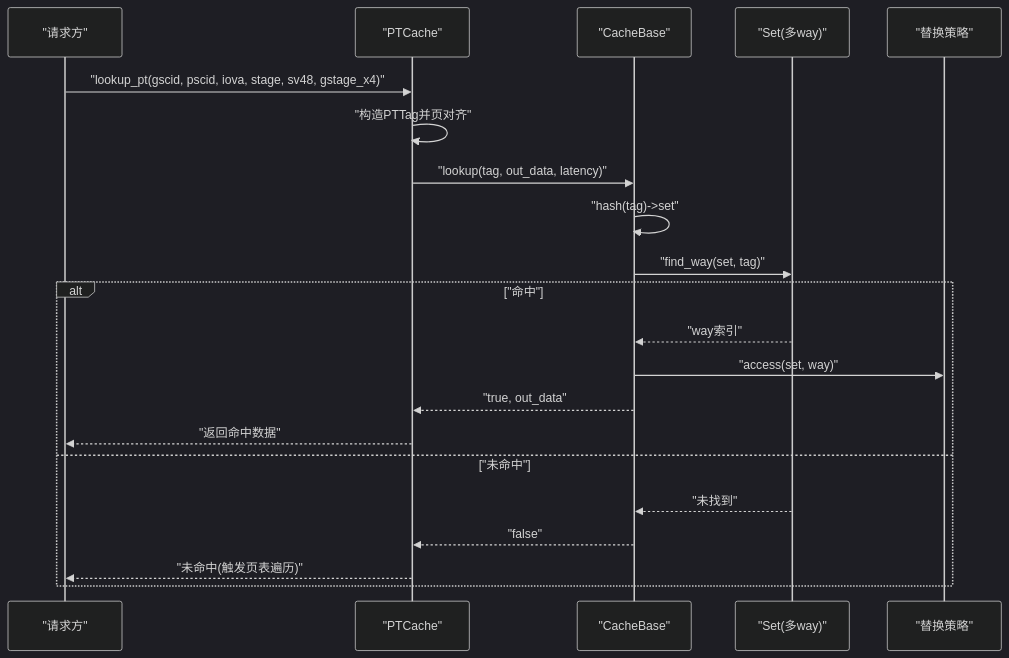
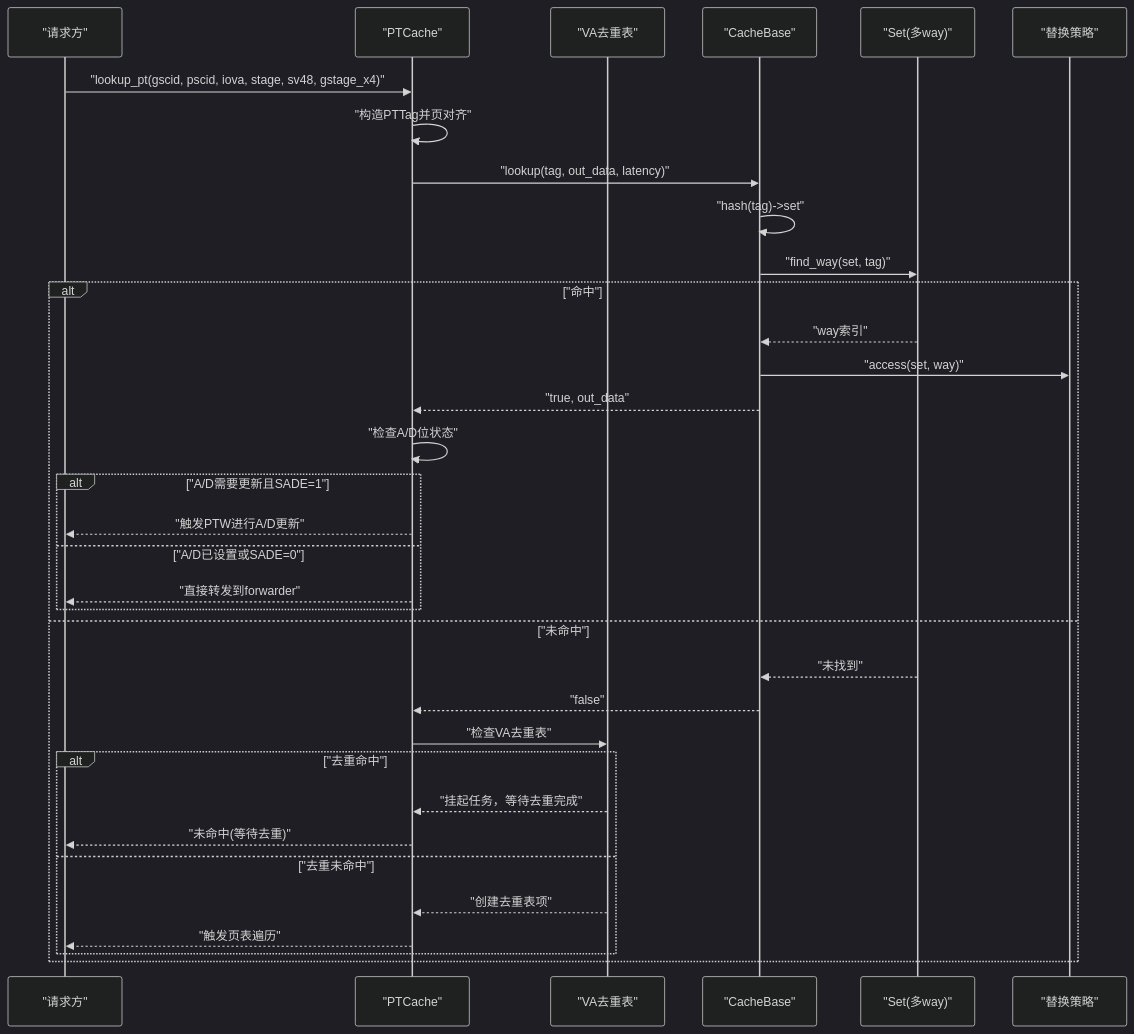
One commit to jiangjiang1122/iommu_model_20260401_v1 changed the second of 12 diagrams in .qoder/repowiki/zh/content/缓存系统架构/页表缓存(PT Cache).md. Above: the diagram before and after it, drawn with Mermaid (dark theme). The commit also changed other lines of this file and 48 other files, not shown here.

````diff
--- a/.qoder/repowiki/zh/content/缓存系统架构/页表缓存(PT Cache).md
+++ b/.qoder/repowiki/zh/content/缓存系统架构/页表缓存(PT Cache).md
@@ -119,23 +163,36 @@
 ```mermaid
 sequenceDiagram
 participant Req as "请求方"
 participant PT as "PTCache"
+participant Dedup as "VA去重表"
 participant Base as "CacheBase"
 participant Set as "Set(多way)"
 participant RP as "替换策略"
 Req->>PT : "lookup_pt(gscid, pscid, iova, stage, sv48, gstage_x4)"
 PT->>PT : "构造PTTag并页对齐"
 PT->>Base : "lookup(tag, out_data, latency)"
 Base->>Base : "hash(tag)->set"
 Base->>Set : "find_way(set, tag)"
 alt "命中"
 Set-->>Base : "way索引"
 Base->>RP : "access(set, way)"
 Base-->>PT : "true, out_data"
-PT-->>Req : "返回命中数据"
+PT->>PT : "检查A/D位状态"
+alt "A/D需要更新且SADE=1"
+PT-->>Req : "触发PTW进行A/D更新"
+else "A/D已设置或SADE=0"
+PT-->>Req : "直接转发到forwarder"
+end
 else "未命中"
 Set-->>Base : "未找到"
 Base-->>PT : "false"
-PT-->>Req : "未命中(触发页表遍历)"
+PT->>Dedup : "检查VA去重表"
+alt "去重命中"
+Dedup-->>PT : "挂起任务，等待去重完成"
+PT-->>Req : "未命中(等待去重)"
+else "去重未命中"
+Dedup-->>PT : "创建去重表项"
+PT-->>Req : "触发页表遍历"
+end
 end
 ```
````
